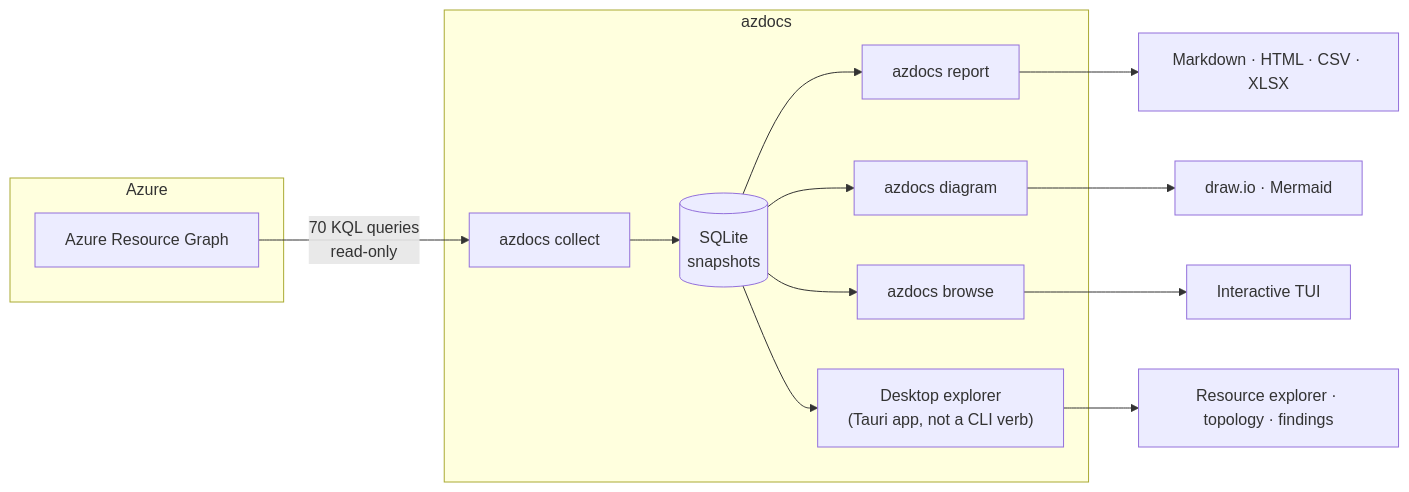
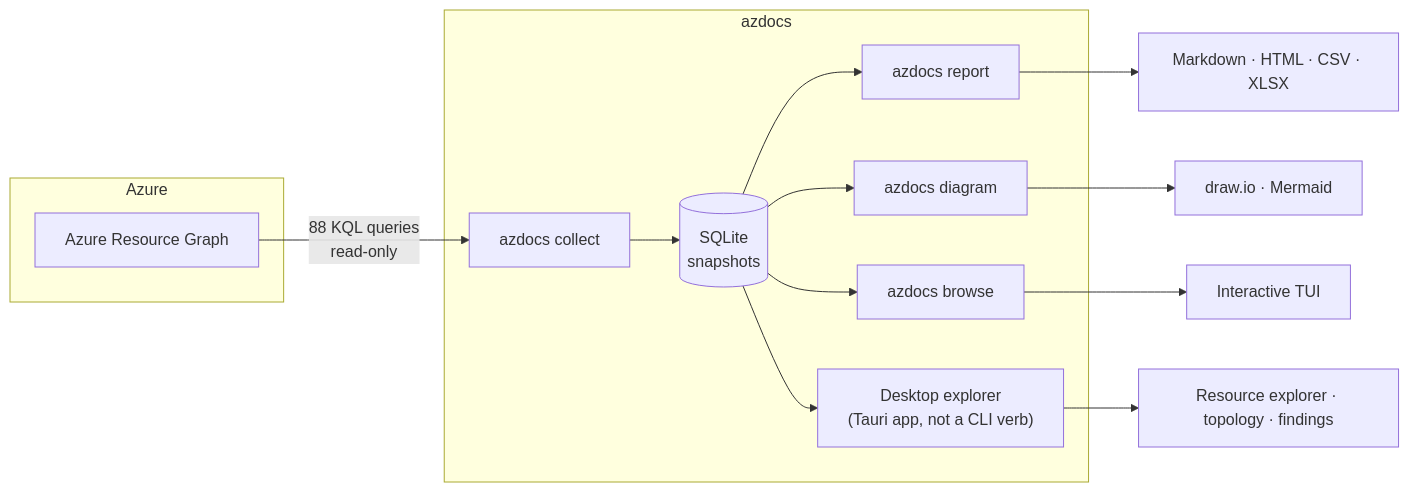
One commit to russmckendrick/azdocs changed the diagram in docs/README.md. Above: the diagram before and after it, drawn with Mermaid. The commit also changed other lines of this file and 46 other files, not shown here.

````diff
--- a/docs/README.md
+++ b/docs/README.md
@@ -7,24 +7,24 @@
 ```mermaid
 flowchart LR
     subgraph Azure
         ARG[Azure Resource Graph]
     end
     subgraph azdocs
         collect[azdocs collect]
         db[(SQLite<br/>snapshots)]
         report[azdocs report]
         diagram[azdocs diagram]
         browse[azdocs browse]
         desktop["Desktop explorer<br/>(Tauri app, not a CLI verb)"]
     end
-    ARG -->|70 KQL queries<br/>read-only| collect
+    ARG -->|88 KQL queries<br/>read-only| collect
     collect --> db
     db --> report
     db --> diagram
     db --> browse
     db --> desktop
     report --> docs_out[Markdown · HTML · CSV · XLSX]
     diagram --> diag_out[draw.io · Mermaid]
     browse --> tui[Interactive TUI]
     desktop --> gui[Resource explorer · topology · findings]
 ```
````
